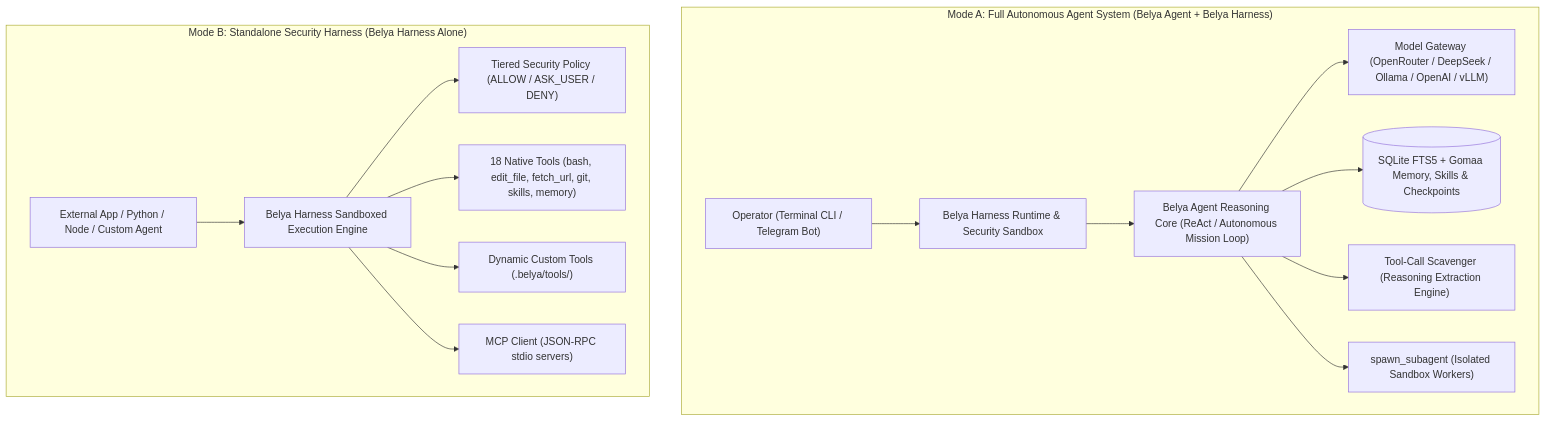
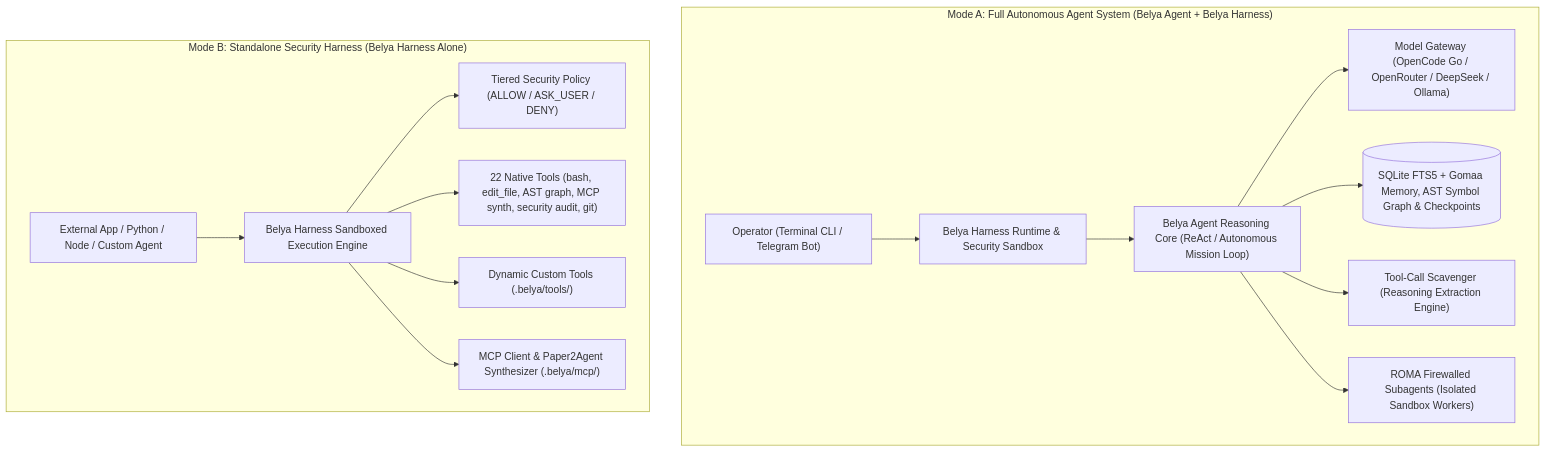
The first of 2 diagrams in README.md (M4F-S/Belya), drawn with Mermaid before and after one commit. The commit also changed other lines of this file, not shown here.

````diff
--- a/README.md
+++ b/README.md
@@ -69,19 +70,19 @@
 ```mermaid
 graph TD
     subgraph "Mode A: Full Autonomous Agent System (Belya Agent + Belya Harness)"
         User["Operator (Terminal CLI / Telegram Bot)"] --> H["Belya Harness Runtime & Security Sandbox"]
         H --> A["Belya Agent Reasoning Core (ReAct / Autonomous Mission Loop)"]
-        A --> GW["Model Gateway (OpenRouter / DeepSeek / Ollama / OpenAI / vLLM)"]
-        A --> DB[("SQLite FTS5 + Gomaa Memory, Skills & Checkpoints")]
+        A --> GW["Model Gateway (OpenCode Go / OpenRouter / DeepSeek / Ollama)"]
+        A --> DB[("SQLite FTS5 + Gomaa Memory, AST Symbol Graph & Checkpoints")]
         A --> SCAV["Tool-Call Scavenger (Reasoning Extraction Engine)"]
-        A --> SUB["spawn_subagent (Isolated Sandbox Workers)"]
+        A --> SUB["ROMA Firewalled Subagents (Isolated Sandbox Workers)"]
     end
 
     subgraph "Mode B: Standalone Security Harness (Belya Harness Alone)"
         Ext["External App / Python / Node / Custom Agent"] --> H2["Belya Harness Sandboxed Execution Engine"]
         H2 --> SEC["Tiered Security Policy (ALLOW / ASK_USER / DENY)"]
-        H2 --> T1["18 Native Tools (bash, edit_file, fetch_url, git, skills, memory)"]
+        H2 --> T1["22 Native Tools (bash, edit_file, AST graph, MCP synth, security audit, git)"]
         H2 --> T2["Dynamic Custom Tools (.belya/tools/)"]
-        H2 --> T3["MCP Client (JSON-RPC stdio servers)"]
+        H2 --> T3["MCP Client & Paper2Agent Synthesizer (.belya/mcp/)"]
     end
 ```
````
